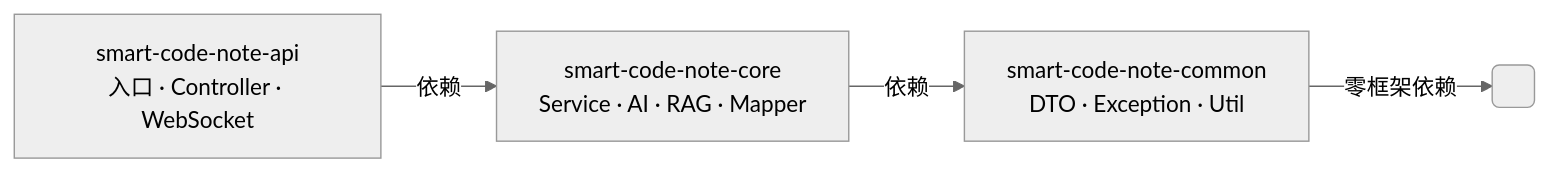
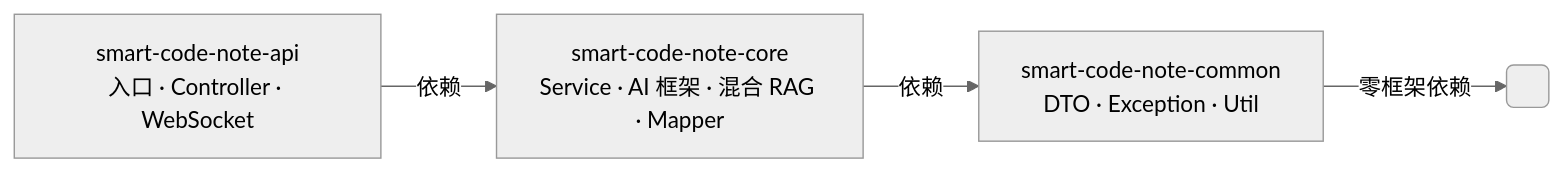
The second of 2 diagrams in README.md (spider-freedom/smart-code-note), drawn with Mermaid (neutral theme) before and after one commit. The commit also changed other lines of this file, not shown here.

First line of the commit message:
docs: README — '自研 RAG' 改为 '混合 RAG'，准确反映 LangChain4j + 自研分工

````diff
--- a/README.md
+++ b/README.md
@@ -167,6 +167,6 @@
 ```mermaid
 flowchart LR
     API[smart-code-note-api<br/>入口 · Controller · WebSocket] -->|依赖| Core
-    Core[smart-code-note-core<br/>Service · AI · RAG · Mapper] -->|依赖| Common
+    Core[smart-code-note-core<br/>Service · AI 框架 · 混合 RAG · Mapper] -->|依赖| Common
     Common[smart-code-note-common<br/>DTO · Exception · Util] -->|零框架依赖| None( )
 ```
````
